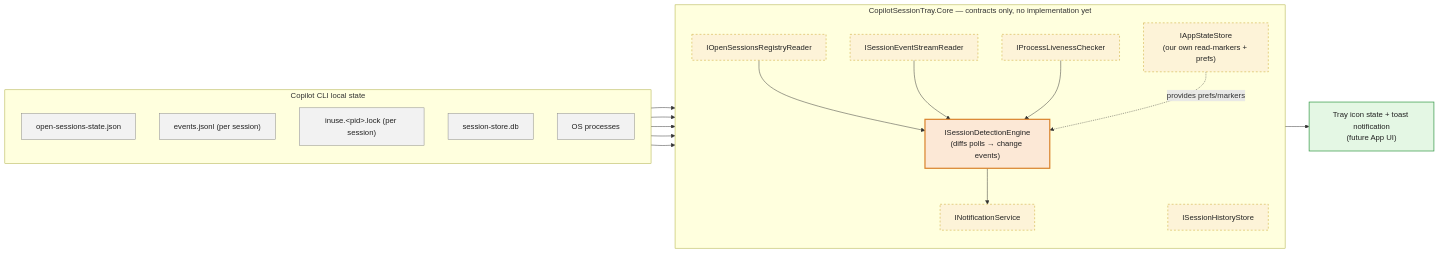
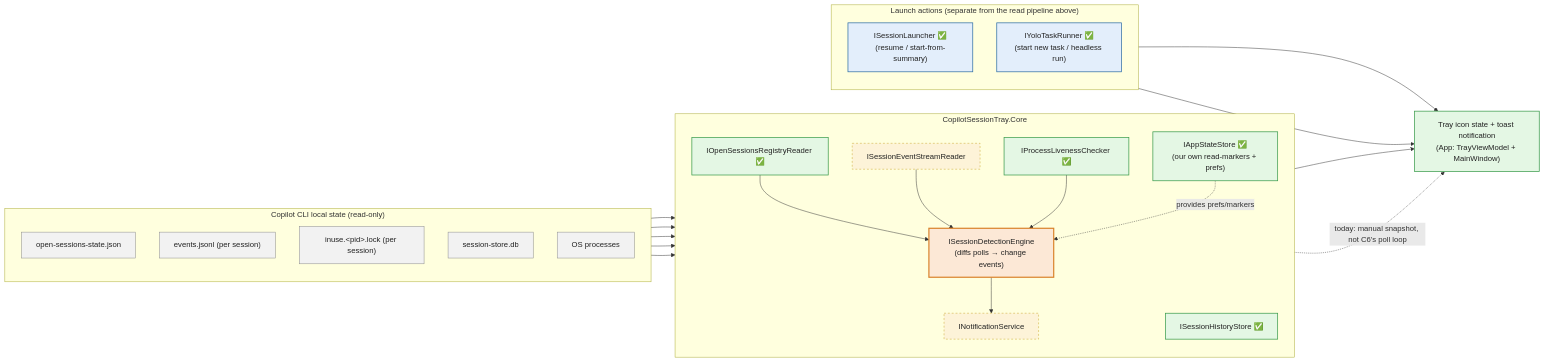
Before and after one commit to hyw007726/CopilotSessionTray: the second of 2 diagrams in ARCHITECTURE.md, drawn with Mermaid. The commit also changed other lines of this file and 21 other files, not shown here.

````diff
--- a/ARCHITECTURE.md
+++ b/ARCHITECTURE.md
@@ -33,47 +37,60 @@
 ```mermaid
 flowchart LR
-    subgraph SRC["Copilot CLI local state"]
+    subgraph SRC["Copilot CLI local state (read-only)"]
         direction TB
         S1["open-sessions-state.json"]
         S2["events.jsonl (per session)"]
         S3["inuse.&lt;pid&gt;.lock (per session)"]
         S4["session-store.db"]
         S5["OS processes"]
     end
 
-    subgraph CORE["CopilotSessionTray.Core — contracts only, no implementation yet"]
+    subgraph CORE["CopilotSessionTray.Core"]
         direction TB
-        C1["IOpenSessionsRegistryReader"]
+        C1["IOpenSessionsRegistryReader ✅"]
         C2["ISessionEventStreamReader"]
-        C3["ISessionHistoryStore"]
-        C4["IProcessLivenessChecker"]
-        C5["IAppStateStore<br/>(our own read-markers + prefs)"]
+        C3["ISessionHistoryStore ✅"]
+        C4["IProcessLivenessChecker ✅"]
+        C5["IAppStateStore ✅<br/>(our own read-markers + prefs)"]
         C6["ISessionDetectionEngine<br/>(diffs polls → change events)"]
         C7["INotificationService"]
     end
 
-    OUT["Tray icon state + toast notification<br/>(future App UI)"]
+    subgraph LAUNCH["Launch actions (separate from the read pipeline above)"]
+        direction TB
+        L1["ISessionLauncher ✅<br/>(resume / start-from-summary)"]
+        L2["IYoloTaskRunner ✅<br/>(start new task / headless run)"]
+    end
+
+    OUT["Tray icon state + toast notification<br/>(App: TrayViewModel + MainWindow)"]
 
     S1 --> C1
     S2 --> C2
     S4 --> C3
     S3 --> C4
     S5 --> C4
 
     C1 --> C6
     C2 --> C6
     C4 --> C6
     C5 -.provides prefs/markers.-> C6
     C6 --> C7
     C7 --> OUT
+    C1 -.today: manual snapshot, not C6's poll loop.-> OUT
+    L1 --> OUT
+    L2 --> OUT
 
     classDef src fill:#F2F2F2,stroke:#888888,color:#222222
+    classDef done fill:#E4F7E4,stroke:#3A9B4C,stroke-width:1.5px,color:#222222
     classDef iface fill:#FDF3D8,stroke:#C9A227,stroke-width:1px,stroke-dasharray: 4 4,color:#222222
     classDef brainNode fill:#FCE8D6,stroke:#D9822B,stroke-width:2.5px,color:#222222
+    classDef launch fill:#E3EEFB,stroke:#2E6DA4,stroke-width:1.5px,color:#222222
     classDef out fill:#E4F7E4,stroke:#3A9B4C,stroke-width:1.5px,color:#222222
 
     class S1,S2,S3,S4,S5 src
-    class C1,C2,C3,C4,C5,C7 iface
+    class C1,C3,C4,C5 done
+    class C2,C7 iface
     class C6 brainNode
+    class L1,L2 launch
     class OUT out
 ```
````
